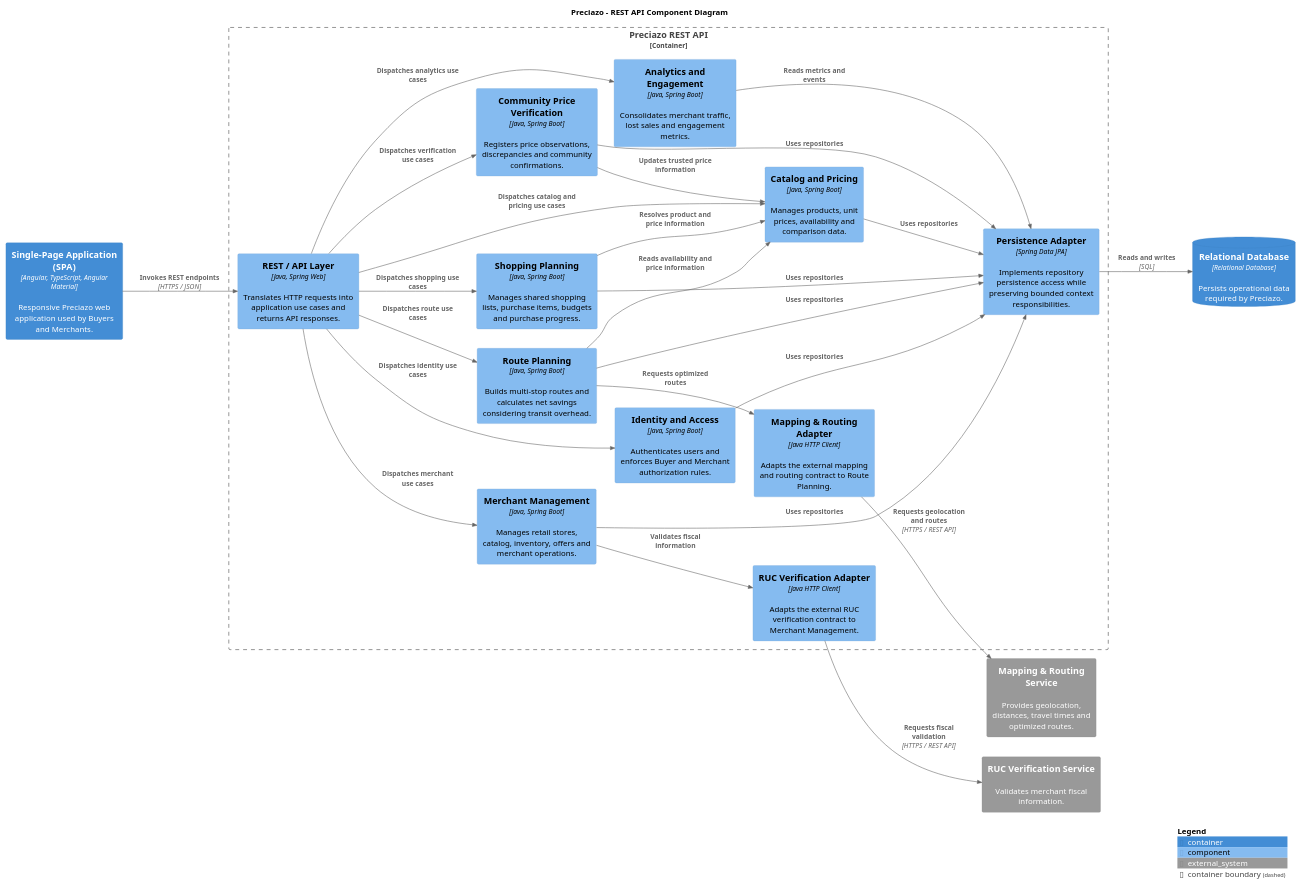
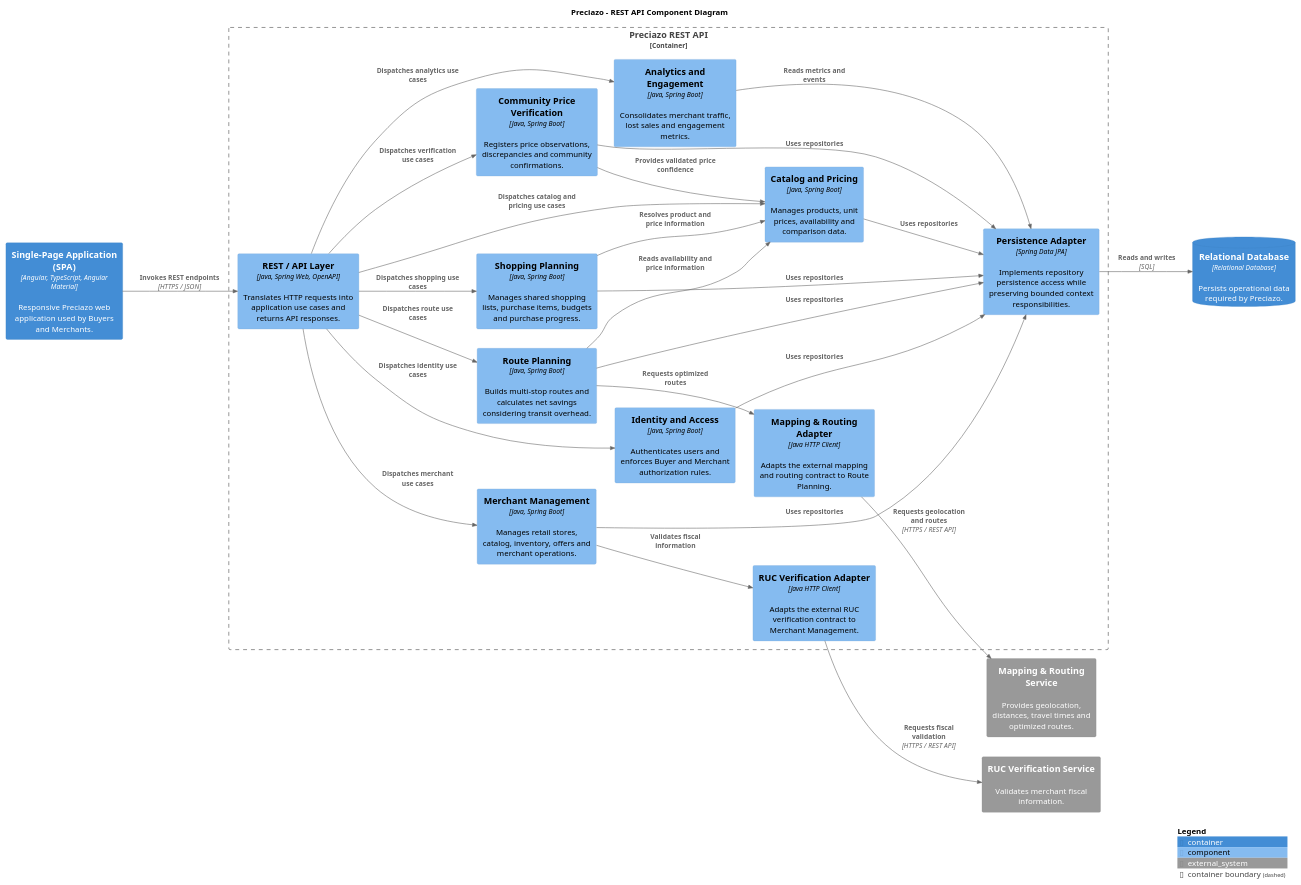
One commit to Open-Source-1ASI0729-2620-7750/PeruTech-Report changed the diagram in docs/architecture/c4-components-backend.puml. Above: the diagram before and after it, drawn with PlantUML. The commit also changed 4 other files, not shown here.

Commit message:
docs(architecture): refine C4 component diagrams

```diff
--- a/docs/architecture/c4-components-backend.puml
+++ b/docs/architecture/c4-components-backend.puml
@@ -1,54 +1,54 @@
 @startuml Preciazo_C4_Components_Backend
 
 !include <C4/C4_Component>
 
 LAYOUT_LEFT_RIGHT()
 
 title Preciazo - REST API Component Diagram
 
 Container(web, "Single-Page Application (SPA)", "Angular, TypeScript, Angular Material", "Responsive Preciazo web application used by Buyers and Merchants.")
 System_Ext(routing, "Mapping & Routing Service", "Provides geolocation, distances, travel times and optimized routes.")
 System_Ext(ruc, "RUC Verification Service", "Validates merchant fiscal information.")
 ContainerDb(database, "Relational Database", "Relational Database", "Persists operational data required by Preciazo.")
 
 Container_Boundary(api, "Preciazo REST API") {
-    Component(rest, "REST / API Layer", "Java, Spring Web", "Translates HTTP requests into application use cases and returns API responses.")
+    Component(rest, "REST / API Layer", "Java, Spring Web, OpenAPI", "Translates HTTP requests into application use cases and returns API responses.")
     Component(identity, "Identity and Access", "Java, Spring Boot", "Authenticates users and enforces Buyer and Merchant authorization rules.")
     Component(shopping, "Shopping Planning", "Java, Spring Boot", "Manages shared shopping lists, purchase items, budgets and purchase progress.")
     Component(catalog, "Catalog and Pricing", "Java, Spring Boot", "Manages products, unit prices, availability and comparison data.")
     Component(route, "Route Planning", "Java, Spring Boot", "Builds multi-stop routes and calculates net savings considering transit overhead.")
     Component(merchant, "Merchant Management", "Java, Spring Boot", "Manages retail stores, catalog, inventory, offers and merchant operations.")
     Component(verification, "Community Price Verification", "Java, Spring Boot", "Registers price observations, discrepancies and community confirmations.")
     Component(analytics, "Analytics and Engagement", "Java, Spring Boot", "Consolidates merchant traffic, lost sales and engagement metrics.")
     Component(persistence, "Persistence Adapter", "Spring Data JPA", "Implements repository persistence access while preserving bounded context responsibilities.")
     Component(mapping, "Mapping & Routing Adapter", "Java HTTP Client", "Adapts the external mapping and routing contract to Route Planning.")
     Component(rucAdapter, "RUC Verification Adapter", "Java HTTP Client", "Adapts the external RUC verification contract to Merchant Management.")
 }
 
 Rel(web, rest, "Invokes REST endpoints", "HTTPS / JSON")
 Rel(rest, identity, "Dispatches identity use cases")
 Rel(rest, shopping, "Dispatches shopping use cases")
 Rel(rest, catalog, "Dispatches catalog and pricing use cases")
 Rel(rest, route, "Dispatches route use cases")
 Rel(rest, merchant, "Dispatches merchant use cases")
 Rel(rest, verification, "Dispatches verification use cases")
 Rel(rest, analytics, "Dispatches analytics use cases")
 Rel(identity, persistence, "Uses repositories")
 Rel(shopping, catalog, "Resolves product and price information")
 Rel(shopping, persistence, "Uses repositories")
 Rel(catalog, persistence, "Uses repositories")
 Rel(route, catalog, "Reads availability and price information")
 Rel(route, mapping, "Requests optimized routes")
 Rel(route, persistence, "Uses repositories")
 Rel(merchant, rucAdapter, "Validates fiscal information")
 Rel(merchant, persistence, "Uses repositories")
-Rel(verification, catalog, "Updates trusted price information")
+Rel(verification, catalog, "Provides validated price confidence")
 Rel(verification, persistence, "Uses repositories")
 Rel(analytics, persistence, "Reads metrics and events")
 Rel(persistence, database, "Reads and writes", "SQL")
 Rel(mapping, routing, "Requests geolocation and routes", "HTTPS / REST API")
 Rel(rucAdapter, ruc, "Requests fiscal validation", "HTTPS / REST API")
 
 SHOW_LEGEND()
 
 @enduml
```
